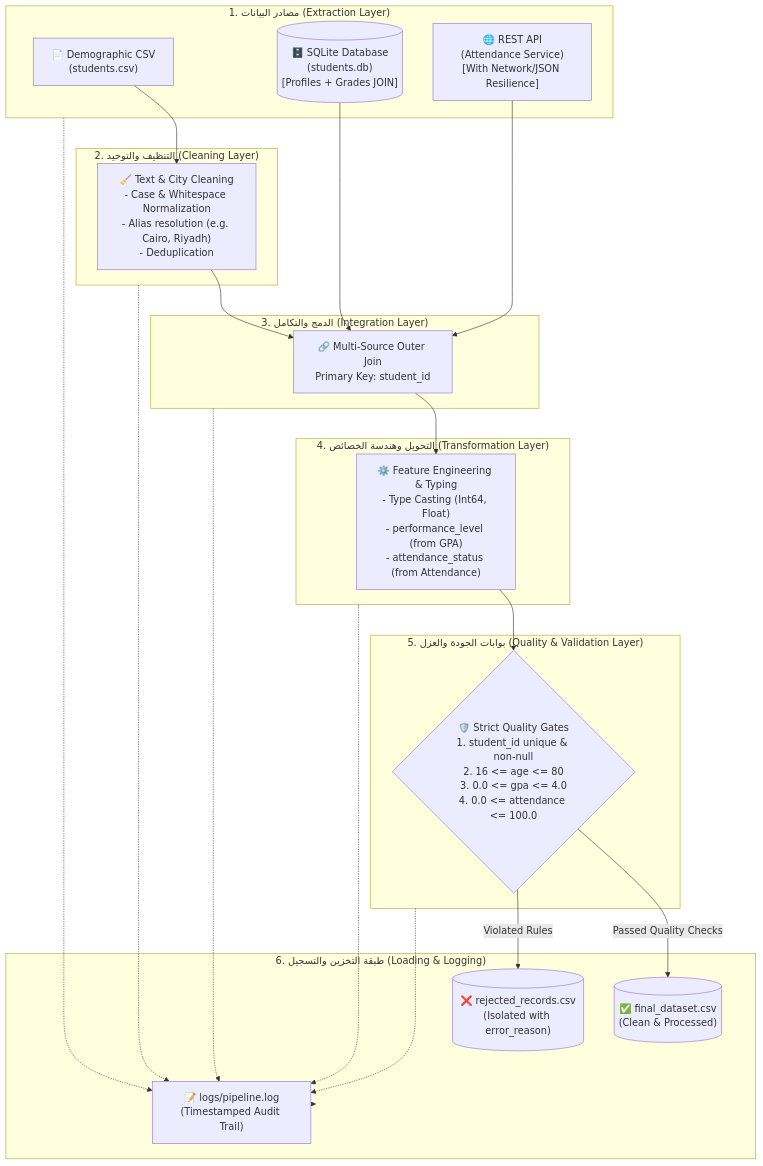
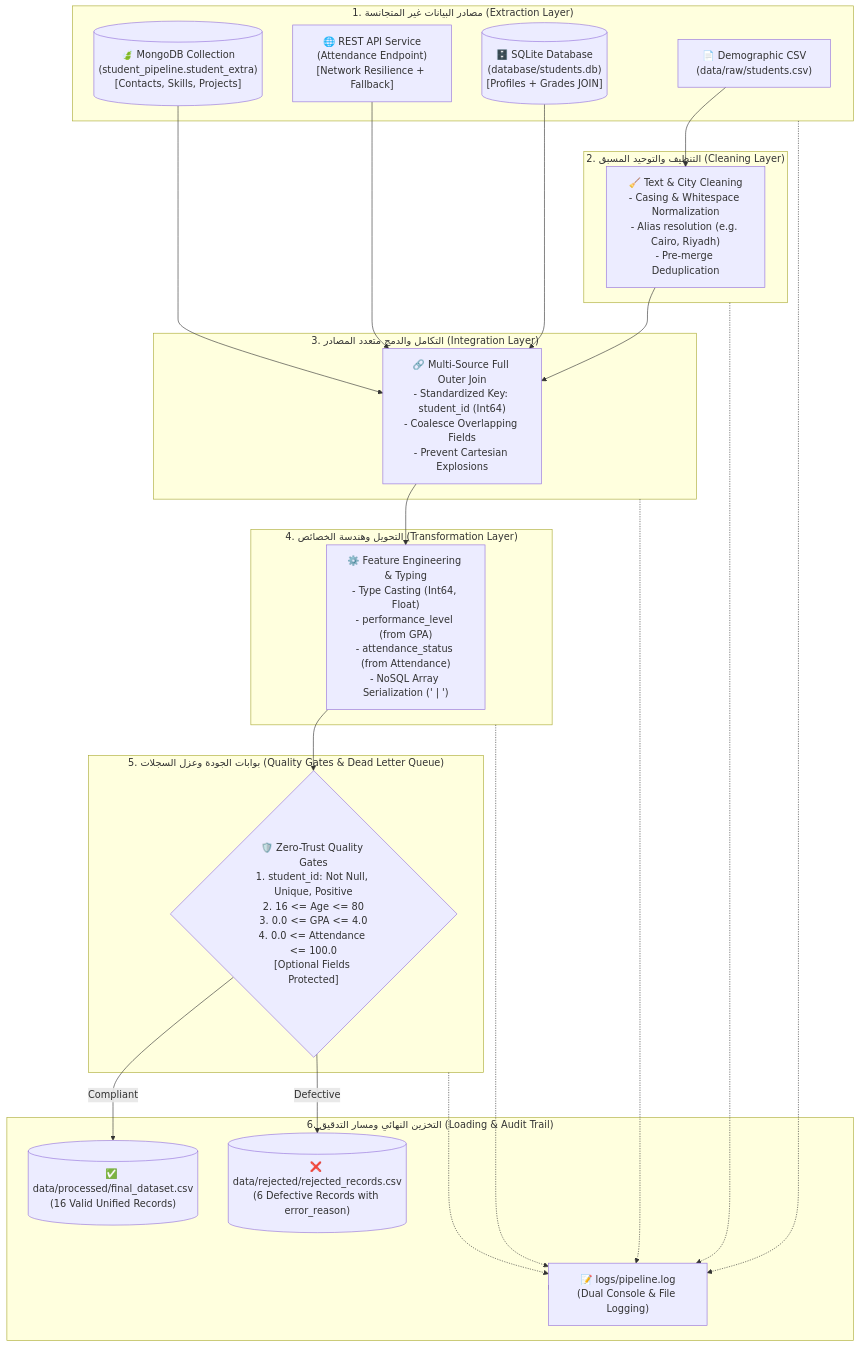
One commit to EmranYaseen-ALSabry/student_data_pipeline changed the diagram in README.md. Above: the diagram before and after it, drawn with Mermaid. The commit also changed other lines of this file and 18 other files, not shown here.

Commit message:
feat: add MongoDB student data source

````diff
--- a/README.md
+++ b/README.md
@@ -11,45 +27,50 @@
 ```mermaid
 flowchart TD
-    subgraph S1["1. مصادر البيانات (Extraction Layer)"]
-        CSV["📄 Demographic CSV\n(students.csv)"]
-        DB[("🗄️ SQLite Database\n(students.db)\n[Profiles + Grades JOIN]")]
-        API["🌐 REST API\n(Attendance Service)\n[With Network/JSON Resilience]"]
+    subgraph S1["1. مصادر البيانات غير المتجانسة (Extraction Layer)"]
+        CSV["📄 Demographic CSV\n(data/raw/students.csv)"]
+        SQL[("🗄️ SQLite Database\n(database/students.db)\n[Profiles + Grades JOIN]")]
+        API["🌐 REST API Service\n(Attendance Endpoint)\n[Network Resilience + Fallback]"]
+        MONGO[("🍃 MongoDB Collection\n(student_pipeline.student_extra)\n[Contacts, Skills, Projects]")]
     end
 
-    subgraph S2["2. التنظيف والتوحيد (Cleaning Layer)"]
-        Clean["🧹 Text & City Cleaning\n- Case & Whitespace Normalization\n- Alias resolution (e.g. Cairo, Riyadh)\n- Deduplication"]
+    subgraph S2["2. التنظيف والتوحيد المسبق (Cleaning Layer)"]
+        Clean["🧹 Text & City Cleaning\n- Casing & Whitespace Normalization\n- Alias resolution (e.g. Cairo, Riyadh)\n- Pre-merge Deduplication"]
     end
 
-    subgraph S3["3. الدمج والتكامل (Integration Layer)"]
-        Integrate["🔗 Multi-Source Outer Join\nPrimary Key: student_id"]
+    subgraph S3["3. التكامل والدمج متعدد المصادر (Integration Layer)"]
+        Integrate["🔗 Multi-Source Full Outer Join\n- Standardized Key: student_id (Int64)\n- Coalesce Overlapping Fields\n- Prevent Cartesian Explosions"]
     end
 
     subgraph S4["4. التحويل وهندسة الخصائص (Transformation Layer)"]
-        Transform["⚙️ Feature Engineering & Typing\n- Type Casting (Int64, Float)\n- performance_level (from GPA)\n- attendance_status (from Attendance)"]
+        Transform["⚙️ Feature Engineering & Typing\n- Type Casting (Int64, Float)\n- performance_level (from GPA)\n- attendance_status (from Attendance)\n- NoSQL Array Serialization (' | ')"]
     end
 
-    subgraph S5["5. بوابات الجودة والعزل (Quality & Validation Layer)"]
-        Validate{"🛡️ Strict Quality Gates\n1. student_id unique & non-null\n2. 16 <= age <= 80\n3. 0.0 <= gpa <= 4.0\n4. 0.0 <= attendance <= 100.0"}
+    subgraph S5["5. بوابات الجودة وعزل السجلات (Quality Gates & Dead Letter Queue)"]
+        Validate{"🛡️ Zero-Trust Quality Gates\n1. student_id: Not Null, Unique, Positive\n2. 16 <= Age <= 80\n3. 0.0 <= GPA <= 4.0\n4. 0.0 <= Attendance <= 100.0\n[Optional Fields Protected]"}
     end
 
-    subgraph S6["6. طبقة التخزين والتسجيل (Loading & Logging)"]
-        ValidOut[("✅ final_dataset.csv\n(Clean & Processed)")]
-        RejectOut[("❌ rejected_records.csv\n(Isolated with error_reason)")]
-        LogFile["📝 logs/pipeline.log\n(Timestamped Audit Trail)"]
+    subgraph S6["6. التخزين النهائي ومسار التدقيق (Loading & Audit Trail)"]
+        ValidOut[("✅ data/processed/final_dataset.csv\n(16 Valid Unified Records)")]
+        RejectOut[("❌ data/rejected/rejected_records.csv\n(6 Defective Records with error_reason)")]
+        LogFile["📝 logs/pipeline.log\n(Dual Console & File Logging)"]
     end
 
     CSV --> Clean
-    DB --> Integrate
+    Clean --> Integrate
+    SQL --> Integrate
     API --> Integrate
-    Clean --> Integrate
+    MONGO --> Integrate
+
     Integrate --> Transform
     Transform --> Validate
-    Validate -->|Passed Quality Checks| ValidOut
-    Validate -->|Violated Rules| RejectOut
+
+    Validate -->|Compliant| ValidOut
+    Validate -->|Defective| RejectOut
+
     S1 -.-> LogFile
     S2 -.-> LogFile
     S3 -.-> LogFile
     S4 -.-> LogFile
     S5 -.-> LogFile
     S6 -.-> LogFile
 ```
````
